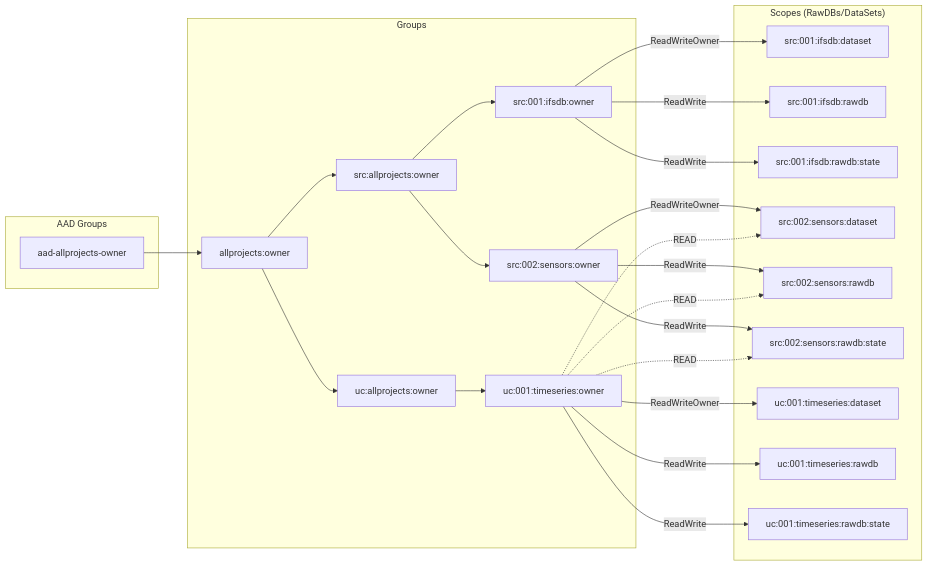
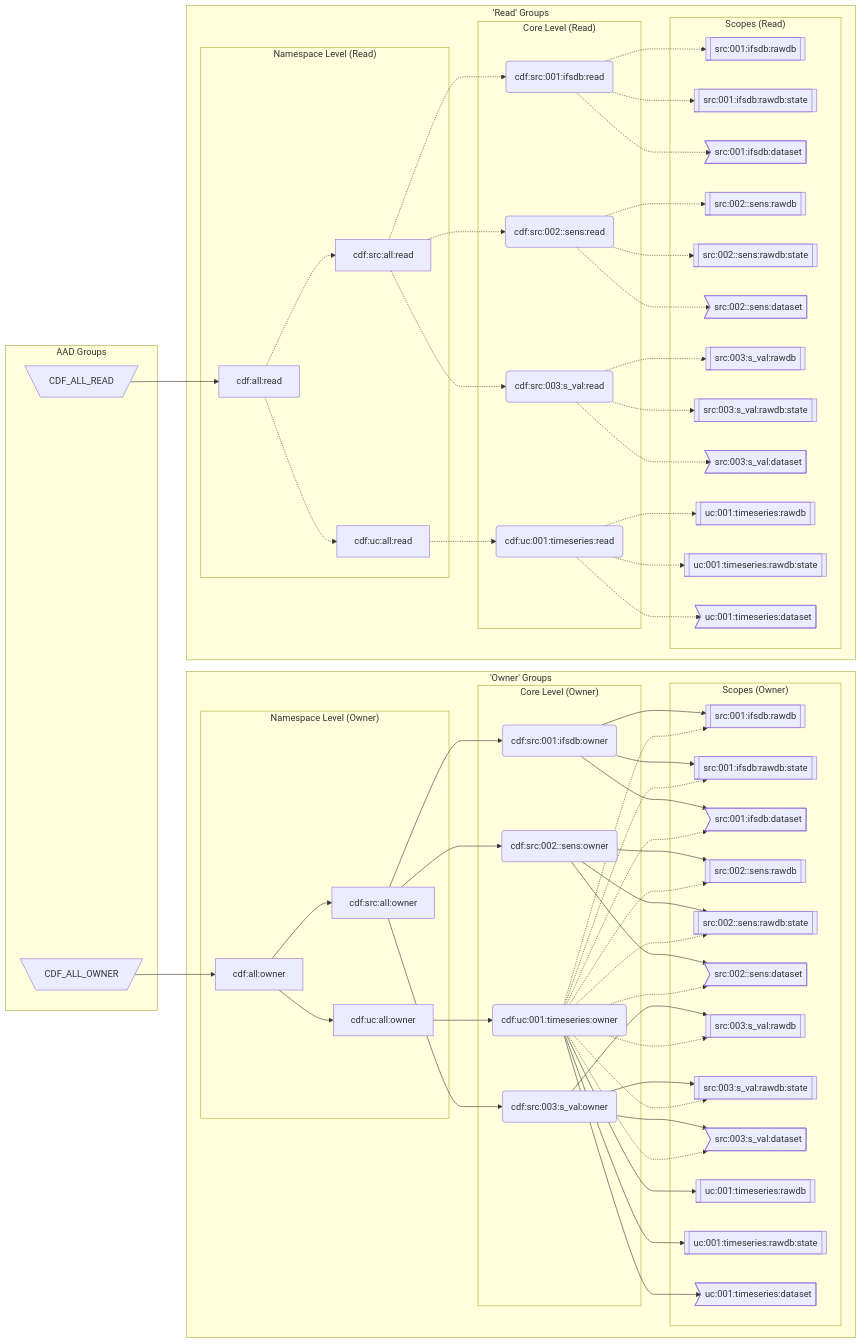
One commit to cognitedata/inso-bootstrap-cli changed the diagram in README.md. Above: the diagram before and after it, drawn with Mermaid. The commit also changed other lines of this file, not shown here.

Commit message:
Improved concept-section and some minor improvements to the rest of the readme, up until the configuration section

````diff
--- a/README.md
+++ b/README.md
@@ -97,43 +126,139 @@
 ```mermaid
-  flowchart LR;
-      aad-allprojects-owner --> allprojects:owner
-      allprojects:owner     --> src:allprojects:owner;
-      src:allprojects:owner --> src:001:ifsdb:owner;
-      src:allprojects:owner --> src:002:sensors:owner;
-      allprojects:owner     --> uc:allprojects:owner;
-      uc:allprojects:owner  --> uc:001:timeseries:owner;
-      src:001:ifsdb:owner       --ReadWriteOwner--> src:001:ifsdb:dataset
-      src:001:ifsdb:owner       --ReadWrite     --> src:001:ifsdb:rawdb
-      src:001:ifsdb:owner       --ReadWrite     --> src:001:ifsdb:rawdb:state
-      src:002:sensors:owner     --ReadWriteOwner--> src:002:sensors:dataset
-      src:002:sensors:owner     --ReadWrite     --> src:002:sensors:rawdb
-      src:002:sensors:owner     --ReadWrite     --> src:002:sensors:rawdb:state
-      uc:001:timeseries:owner   --ReadWriteOwner--> uc:001:timeseries:dataset
-      uc:001:timeseries:owner   --ReadWrite     --> uc:001:timeseries:rawdb
-      uc:001:timeseries:owner   --ReadWrite     --> uc:001:timeseries:rawdb:state
-      uc:001:timeseries:owner   -.->|READ| src:002:sensors:dataset
-      uc:001:timeseries:owner   -.->|READ| src:002:sensors:rawdb
-      uc:001:timeseries:owner   -.->|READ| src:002:sensors:rawdb:state
-    subgraph "AAD Groups"
-      aad-allprojects-owner
-    end
-    subgraph "Groups"
-      allprojects:owner
-      src:allprojects:owner
-      uc:allprojects:owner
-      src:001:ifsdb:owner
-      src:002:sensors:owner
-      uc:001:timeseries:owner
-    end
-    subgraph "Scopes (RawDBs/DataSets)"
-      src:001:ifsdb:dataset
-      src:001:ifsdb:rawdb
-      src:001:ifsdb:rawdb:state
-      src:002:sensors:dataset
-      src:002:sensors:rawdb
-      src:002:sensors:rawdb:state
-      uc:001:timeseries:dataset
-      uc:001:timeseries:rawdb
-      uc:001:timeseries:rawdb:state
-    end
+graph LR
+%% 2022-04-06 21:46:26 - Script generated Mermaid diagram
+
+subgraph "AAD Groups"
+  %% AAD objId: 0b4d537c-208d-4993-8dc8-6a41f114d72c
+CDF_ALL_READ[\"CDF_ALL_READ"/]
+  %% AAD objId: 0b4d537c-208d-4993-8dc8-6a41f114d72c
+CDF_ALL_OWNER[\"CDF_ALL_OWNER"/]
+end
+
+
+subgraph "'Owner' Groups"
+
+subgraph "Core Level (Owner)"
+  cdf:src:001:ifsdb:owner("cdf:src:001:ifsdb:owner")
+  cdf:src:002::sens:owner("cdf:src:002::sens:owner")
+  cdf:src:003:s_val:owner("cdf:src:003:s_val:owner")
+  cdf:uc:001:timeseries:owner("cdf:uc:001:timeseries:owner")
+end
+
+
+subgraph "Namespace Level (Owner)"
+  cdf:src:all:owner["cdf:src:all:owner"]
+  cdf:uc:all:owner["cdf:uc:all:owner"]
+  cdf:all:owner["cdf:all:owner"]
+end
+
+
+subgraph "Scopes (Owner)"
+  src:001:ifsdb:rawdb:owner[["src:001:ifsdb:rawdb"]]
+  src:001:ifsdb:rawdb:state:owner[["src:001:ifsdb:rawdb:state"]]
+  src:001:ifsdb:dataset:owner>"src:001:ifsdb:dataset"]
+  src:002::sens:rawdb:owner[["src:002::sens:rawdb"]]
+  src:002::sens:rawdb:state:owner[["src:002::sens:rawdb:state"]]
+  src:002::sens:dataset:owner>"src:002::sens:dataset"]
+  src:003:s_val:rawdb:owner[["src:003:s_val:rawdb"]]
+  src:003:s_val:rawdb:state:owner[["src:003:s_val:rawdb:state"]]
+  src:003:s_val:dataset:owner>"src:003:s_val:dataset"]
+  uc:001:timeseries:rawdb:owner[["uc:001:timeseries:rawdb"]]
+  uc:001:timeseries:rawdb:state:owner[["uc:001:timeseries:rawdb:state"]]
+  uc:001:timeseries:dataset:owner>"uc:001:timeseries:dataset"]
+  src:001:ifsdb:rawdb:owner[["src:001:ifsdb:rawdb"]]
+  src:001:ifsdb:rawdb:state:owner[["src:001:ifsdb:rawdb:state"]]
+  src:002::sens:rawdb:owner[["src:002::sens:rawdb"]]
+  src:002::sens:rawdb:state:owner[["src:002::sens:rawdb:state"]]
+  src:003:s_val:rawdb:owner[["src:003:s_val:rawdb"]]
+  src:003:s_val:rawdb:state:owner[["src:003:s_val:rawdb:state"]]
+  src:001:ifsdb:dataset:owner>"src:001:ifsdb:dataset"]
+  src:002::sens:dataset:owner>"src:002::sens:dataset"]
+  src:003:s_val:dataset:owner>"src:003:s_val:dataset"]
+end
+
+end
+
+
+subgraph "'Read' Groups"
+
+subgraph "Core Level (Read)"
+  cdf:src:001:ifsdb:read("cdf:src:001:ifsdb:read")
+  cdf:src:002::sens:read("cdf:src:002::sens:read")
+  cdf:src:003:s_val:read("cdf:src:003:s_val:read")
+  cdf:uc:001:timeseries:read("cdf:uc:001:timeseries:read")
+end
+
+
+subgraph "Namespace Level (Read)"
+  cdf:src:all:read["cdf:src:all:read"]
+  cdf:uc:all:read["cdf:uc:all:read"]
+  cdf:all:read["cdf:all:read"]
+end
+
+
+subgraph "Scopes (Read)"
+  src:001:ifsdb:rawdb:read[["src:001:ifsdb:rawdb"]]
+  src:001:ifsdb:rawdb:state:read[["src:001:ifsdb:rawdb:state"]]
+  src:001:ifsdb:dataset:read>"src:001:ifsdb:dataset"]
+  src:002::sens:rawdb:read[["src:002::sens:rawdb"]]
+  src:002::sens:rawdb:state:read[["src:002::sens:rawdb:state"]]
+  src:002::sens:dataset:read>"src:002::sens:dataset"]
+  src:003:s_val:rawdb:read[["src:003:s_val:rawdb"]]
+  src:003:s_val:rawdb:state:read[["src:003:s_val:rawdb:state"]]
+  src:003:s_val:dataset:read>"src:003:s_val:dataset"]
+  uc:001:timeseries:rawdb:read[["uc:001:timeseries:rawdb"]]
+  uc:001:timeseries:rawdb:state:read[["uc:001:timeseries:rawdb:state"]]
+  uc:001:timeseries:dataset:read>"uc:001:timeseries:dataset"]
+end
+
+end
+
+%% all 47 links connecting the above nodes
+cdf:src:all:read-.->cdf:src:001:ifsdb:read
+cdf:src:001:ifsdb:read-.->src:001:ifsdb:rawdb:read
+cdf:src:001:ifsdb:read-.->src:001:ifsdb:rawdb:state:read
+cdf:src:001:ifsdb:read-.->src:001:ifsdb:dataset:read
+cdf:src:all:read-.->cdf:src:002::sens:read
+cdf:src:002::sens:read-.->src:002::sens:rawdb:read
+cdf:src:002::sens:read-.->src:002::sens:rawdb:state:read
+cdf:src:002::sens:read-.->src:002::sens:dataset:read
+cdf:src:all:read-.->cdf:src:003:s_val:read
+cdf:src:003:s_val:read-.->src:003:s_val:rawdb:read
+cdf:src:003:s_val:read-.->src:003:s_val:rawdb:state:read
+cdf:src:003:s_val:read-.->src:003:s_val:dataset:read
+cdf:all:read-.->cdf:src:all:read
+cdf:uc:all:read-.->cdf:uc:001:timeseries:read
+cdf:uc:001:timeseries:read-.->uc:001:timeseries:rawdb:read
+cdf:uc:001:timeseries:read-.->uc:001:timeseries:rawdb:state:read
+cdf:uc:001:timeseries:read-.->uc:001:timeseries:dataset:read
+cdf:all:read-.->cdf:uc:all:read
+CDF_ALL_READ-->cdf:all:read
+cdf:src:all:owner-->cdf:src:001:ifsdb:owner
+cdf:src:001:ifsdb:owner-->src:001:ifsdb:rawdb:owner
+cdf:src:001:ifsdb:owner-->src:001:ifsdb:rawdb:state:owner
+cdf:src:001:ifsdb:owner-->src:001:ifsdb:dataset:owner
+cdf:src:all:owner-->cdf:src:002::sens:owner
+cdf:src:002::sens:owner-->src:002::sens:rawdb:owner
+cdf:src:002::sens:owner-->src:002::sens:rawdb:state:owner
+cdf:src:002::sens:owner-->src:002::sens:dataset:owner
+cdf:src:all:owner-->cdf:src:003:s_val:owner
+cdf:src:003:s_val:owner-->src:003:s_val:rawdb:owner
+cdf:src:003:s_val:owner-->src:003:s_val:rawdb:state:owner
+cdf:src:003:s_val:owner-->src:003:s_val:dataset:owner
+cdf:all:owner-->cdf:src:all:owner
+cdf:uc:all:owner-->cdf:uc:001:timeseries:owner
+cdf:uc:001:timeseries:owner-->uc:001:timeseries:rawdb:owner
+cdf:uc:001:timeseries:owner-->uc:001:timeseries:rawdb:state:owner
+cdf:uc:001:timeseries:owner-->uc:001:timeseries:dataset:owner
+cdf:uc:001:timeseries:owner-.->src:001:ifsdb:rawdb:owner
+cdf:uc:001:timeseries:owner-.->src:001:ifsdb:rawdb:state:owner
+cdf:uc:001:timeseries:owner-.->src:002::sens:rawdb:owner
+cdf:uc:001:timeseries:owner-.->src:002::sens:rawdb:state:owner
+cdf:uc:001:timeseries:owner-.->src:003:s_val:rawdb:owner
+cdf:uc:001:timeseries:owner-.->src:003:s_val:rawdb:state:owner
+cdf:uc:001:timeseries:owner-.->src:001:ifsdb:dataset:owner
+cdf:uc:001:timeseries:owner-.->src:002::sens:dataset:owner
+cdf:uc:001:timeseries:owner-.->src:003:s_val:dataset:owner
+cdf:all:owner-->cdf:uc:all:owner
+CDF_ALL_OWNER-->cdf:all:owner
 ```
````
